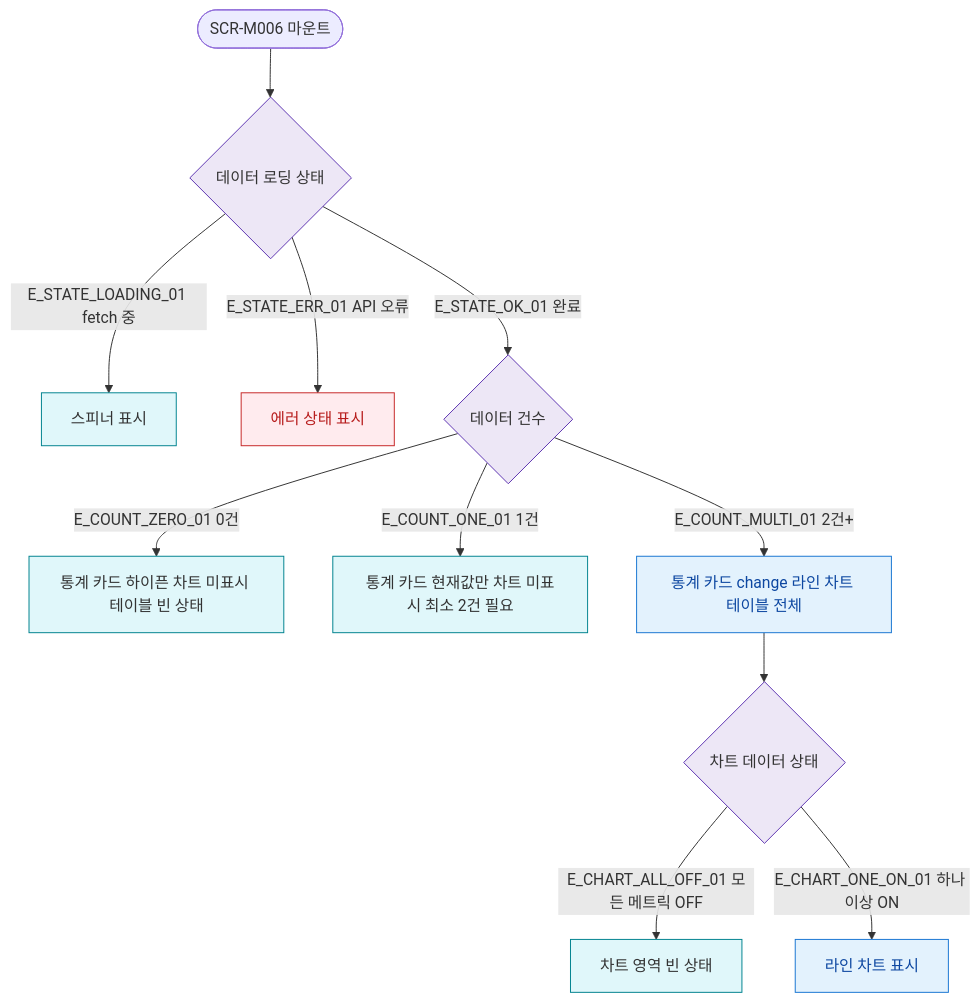
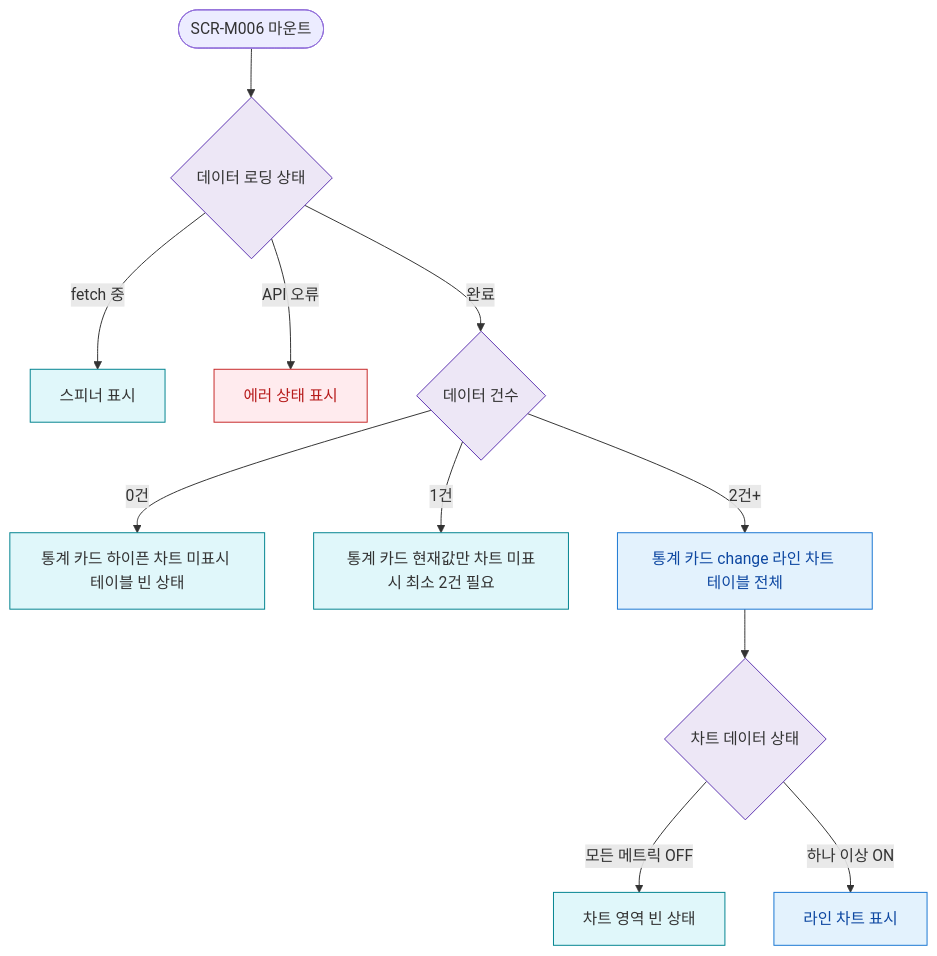
The diagram in docs/다이어그램/D02_회원관리/SCR-M006_체성분관리/F6_상태별화면.md (dev-spogym/admin-pando), drawn with Mermaid before and after one commit. The commit also changed other lines of this file and 1660 other files, not shown here.

First line of the commit message:
다이어그램: 기획자/클라이언트 납품본으로 정리

````diff
--- a/docs/다이어그램/D02_회원관리/SCR-M006_체성분관리/F6_상태별화면.md
+++ b/docs/다이어그램/D02_회원관리/SCR-M006_체성분관리/F6_상태별화면.md
@@ -22,28 +20,28 @@
 ```mermaid
 flowchart TD
   MOUNT([SCR-M006 마운트])
 
   MOUNT --> STATE_LOAD{데이터 로딩 상태}
 
-  STATE_LOAD -->|E_STATE_LOADING_01 fetch 중| UI_LOADING[스피너 표시]
-  STATE_LOAD -->|E_STATE_ERR_01 API 오류| UI_ERR[에러 상태 표시]
-  STATE_LOAD -->|E_STATE_OK_01 완료| DATA_COUNT{데이터 건수}
+  STATE_LOAD -->|fetch 중|UI_LOADING[스피너 표시]
+  STATE_LOAD -->|API 오류|UI_ERR[에러 상태 표시]
+  STATE_LOAD -->|완료|DATA_COUNT{데이터 건수}
 
-  DATA_COUNT -->|E_COUNT_ZERO_01 0건| UI_ZERO[통계 카드 하이픈 차트 미표시 테이블 빈 상태]
-  DATA_COUNT -->|E_COUNT_ONE_01 1건| UI_ONE[통계 카드 현재값만 차트 미표시 최소 2건 필요]
-  DATA_COUNT -->|E_COUNT_MULTI_01 2건+| UI_FULL[통계 카드 change 라인 차트 테이블 전체]
+  DATA_COUNT -->|0건|UI_ZERO[통계 카드 하이픈 차트 미표시 테이블 빈 상태]
+  DATA_COUNT -->|1건|UI_ONE[통계 카드 현재값만 차트 미표시 최소 2건 필요]
+  DATA_COUNT -->|2건+|UI_FULL[통계 카드 change 라인 차트 테이블 전체]
 
   UI_FULL --> CHART_STATE{차트 데이터 상태}
-  CHART_STATE -->|E_CHART_ALL_OFF_01 모든 메트릭 OFF| UI_CHART_EMPTY[차트 영역 빈 상태]
-  CHART_STATE -->|E_CHART_ONE_ON_01 하나 이상 ON| UI_CHART_LINES[라인 차트 표시]
+  CHART_STATE -->|모든 메트릭 OFF|UI_CHART_EMPTY[차트 영역 빈 상태]
+  CHART_STATE -->|하나 이상 ON|UI_CHART_LINES[라인 차트 표시]
 
-  classDef screen  fill:#E3F2FD,stroke:#1976D2,color:#0D47A1
-  classDef system  fill:#EDE7F6,stroke:#5E35B2
-  classDef error   fill:#FFEBEE,stroke:#C62828,color:#B71C1C
-  classDef info    fill:#E0F7FA,stroke:#00838F
+  classDef screen fill:#E3F2FD,stroke:#1976D2,color:#0D47A1
+  classDef system fill:#EDE7F6,stroke:#5E35B2
+  classDef error fill:#FFEBEE,stroke:#C62828,color:#B71C1C
+  classDef info fill:#E0F7FA,stroke:#00838F
 
   class UI_FULL,UI_CHART_LINES screen
   class STATE_LOAD,DATA_COUNT,CHART_STATE system
   class UI_ERR error
   class UI_LOADING,UI_ZERO,UI_ONE,UI_CHART_EMPTY info
 ```
````
